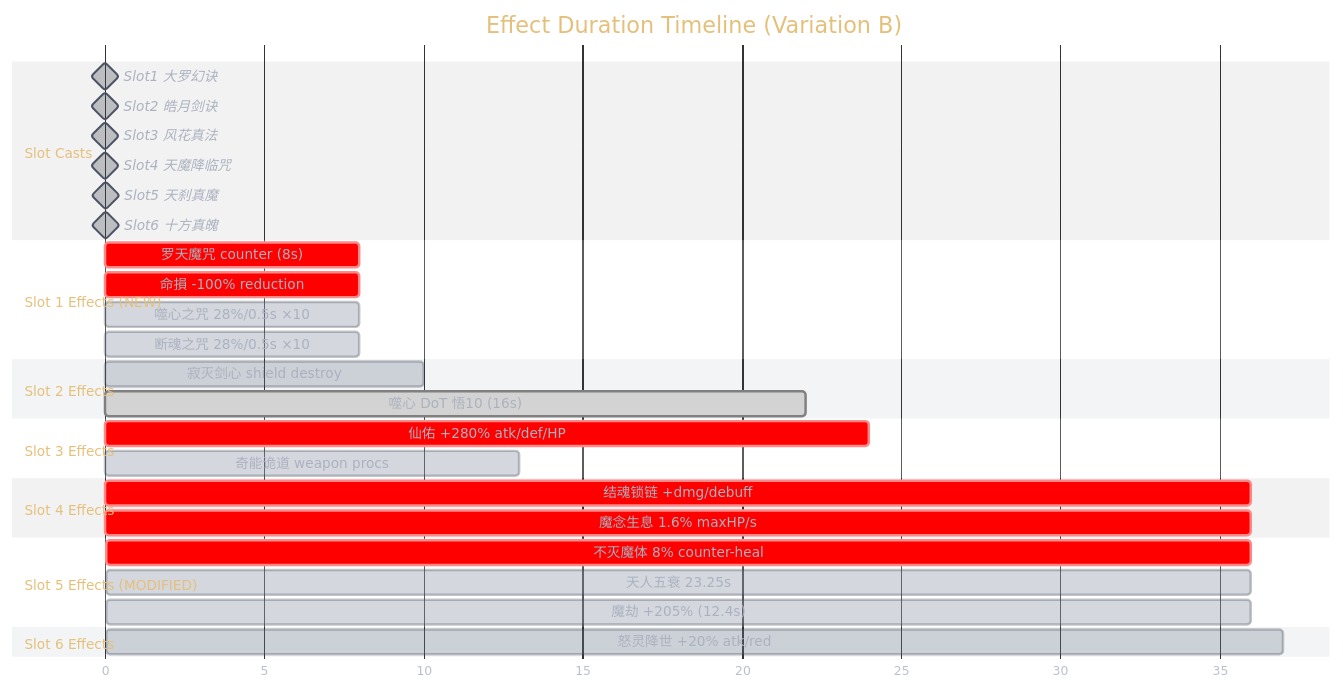
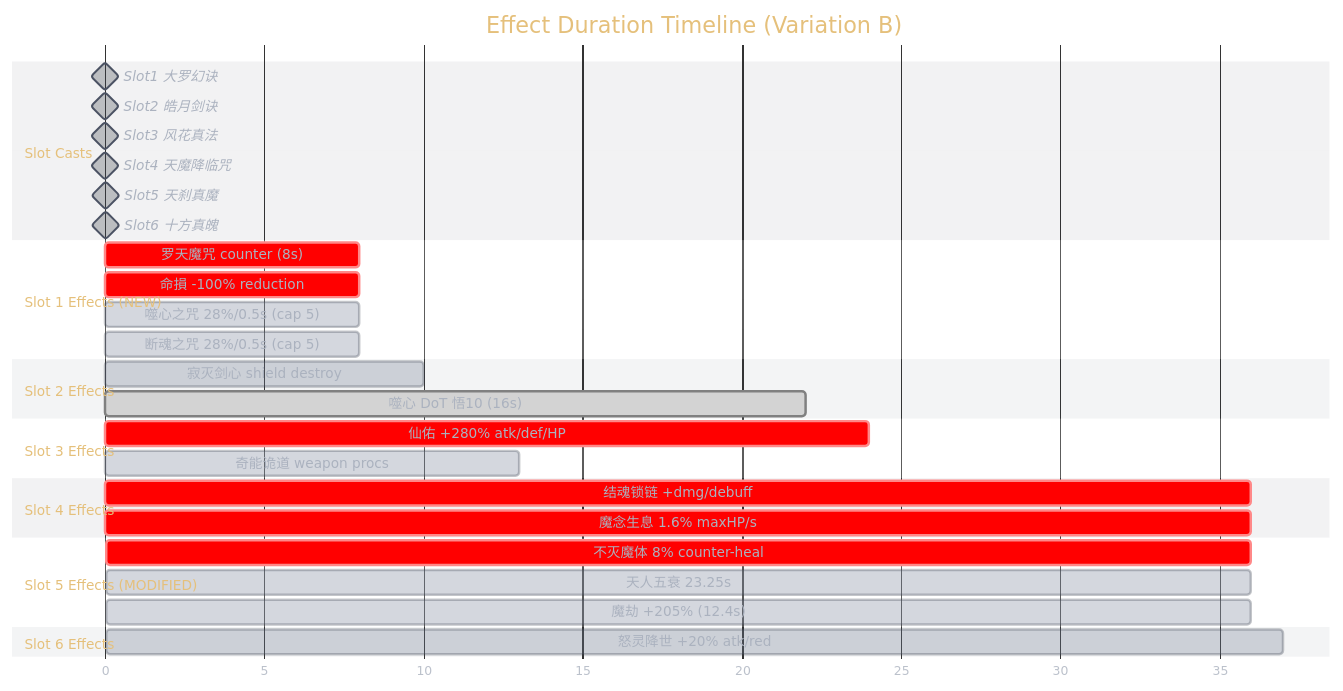
Before and after one commit to zhifengzhang-sz/divine-book: the ninth of 14 diagrams in data/books/剑九.md, drawn with Mermaid. The commit also changed other lines of this file, not shown here.

First line of the commit message:
fix(剑九): review corrections — stack cap, assumptions, timeline

````diff
--- a/data/books/剑九.md
+++ b/data/books/剑九.md
@@ -833,41 +832,41 @@
 ```mermaid
 %%{init: {'theme': 'base', 'themeVariables': {'primaryColor': '#3e44514D', 'primaryTextColor': '#abb2bf', 'primaryBorderColor': '#4b5263', 'lineColor': '#61afef', 'secondaryColor': '#2c313a4D', 'secondaryTextColor': '#abb2bf', 'secondaryBorderColor': '#4b5263', 'tertiaryColor': '#282c344D', 'mainBkg': '#3e44514D', 'nodeBorder': '#4b5263', 'clusterBkg': '#2c313a4D', 'clusterBorder': '#4b5263', 'titleColor': '#e5c07b', 'edgeLabelBackground': '#282c34', 'textColor': '#abb2bf', 'background': '#282c34'}}}%%
 gantt
     title Effect Duration Timeline (Variation B)
     dateFormat X
     axisFormat %s
 
     section Slot Casts
     Slot1 大罗幻诀           :milestone, 0, 0
     Slot2 皓月剑诀           :milestone, 6, 0
     Slot3 风花真法            :milestone, 12, 0
     Slot4 天魔降临咒          :milestone, 18, 0
     Slot5 天刹真魔            :milestone, 24, 0
     Slot6 十方真魄            :milestone, 30, 0
 
     section Slot 1 Effects (NEW)
     罗天魔咒 counter (8s)    :crit, 0, 8
     命損 -100% reduction     :crit, 0, 8
-    噬心之咒 28%/0.5s ×10   :active, 0, 8
-    断魂之咒 28%/0.5s ×10   :active, 0, 8
+    噬心之咒 28%/0.5s (cap 5) :active, 0, 8
+    断魂之咒 28%/0.5s (cap 5) :active, 0, 8
 
     section Slot 2 Effects
     寂灭剑心 shield destroy  :active, 6, 10
     噬心 DoT 悟10 (16s)      :done, 6, 22
 
     section Slot 3 Effects
     仙佑 +280% atk/def/HP   :crit, 12, 24
     奇能诡道 weapon procs    :active, 12, 13
 
     section Slot 4 Effects
     结魂锁链 +dmg/debuff     :crit, 18, 36
     魔念生息 1.6% maxHP/s    :crit, 18, 36
 
     section Slot 5 Effects (MODIFIED)
     不灭魔体 8% counter-heal :crit, 24, 36
     天人五衰 23.25s          :active, 24, 36
     魔劫 +205% (12.4s)       :active, 24, 36
 
     section Slot 6 Effects
     怒灵降世 +20% atk/red   :active, 30, 37
 ```
````
